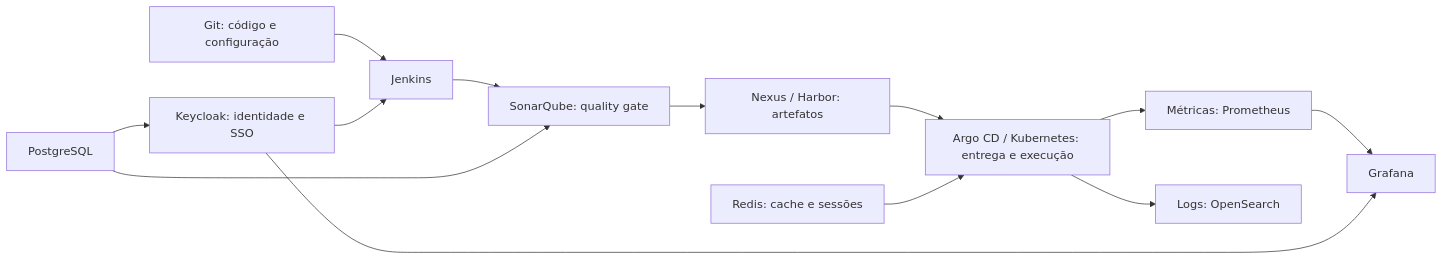
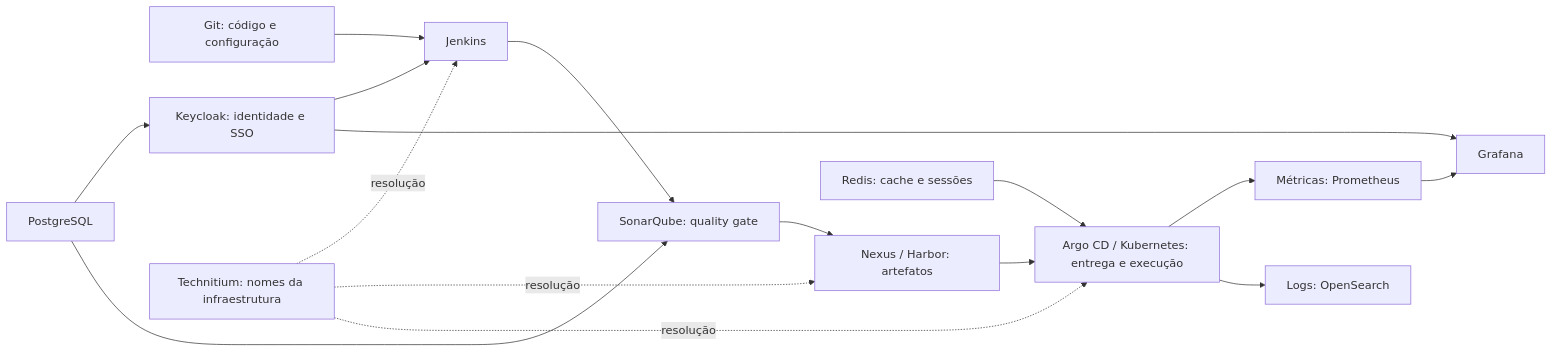
One commit to jeanbezerra/sdlc-infrastructure changed the diagram in README.md. Above: the diagram before and after it, drawn with Mermaid. The commit also changed other lines of this file and 28 other files, not shown here.

````diff
--- a/README.md
+++ b/README.md
@@ -26,15 +27,18 @@
 ```mermaid
 flowchart LR
     Git[Git: código e configuração] --> Jenkins
     Jenkins --> SonarQube[SonarQube: quality gate]
     SonarQube --> Artefatos[Nexus / Harbor: artefatos]
     Artefatos --> Entrega[Argo CD / Kubernetes: entrega e execução]
     Entrega --> Prometheus[Métricas: Prometheus]
     Prometheus --> Grafana
     Entrega --> OpenSearch[Logs: OpenSearch]
     Keycloak[Keycloak: identidade e SSO] --> Jenkins
     Keycloak --> Grafana
     PostgreSQL --> Keycloak
     PostgreSQL --> SonarQube
     Redis[Redis: cache e sessões] --> Entrega
+    DNS[Technitium: nomes da infraestrutura] -. resolução .-> Jenkins
+    DNS -. resolução .-> Artefatos
+    DNS -. resolução .-> Entrega
 ```
````
